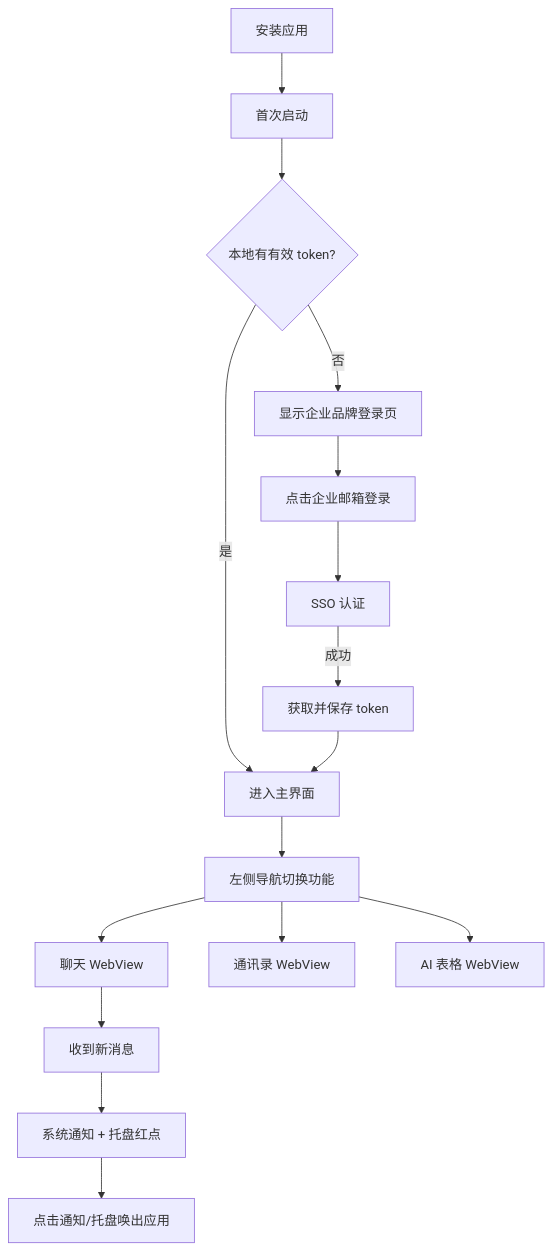
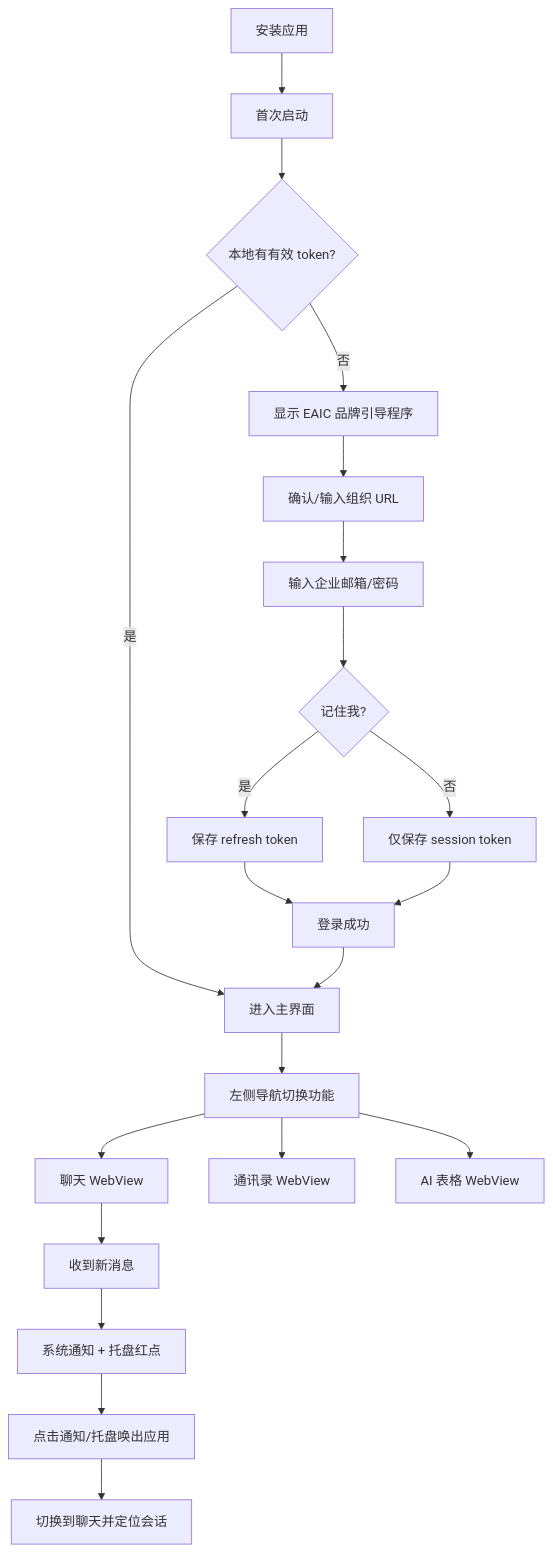
Before and after one commit to sushanglewis/WeLink: the first of 4 diagrams in issue-11/designs/issue-11/flows.md, drawn with Mermaid. The commit also changed other lines of this file and 10 other files, not shown here.

````diff
--- a/issue-11/designs/issue-11/flows.md
+++ b/issue-11/designs/issue-11/flows.md
@@ -5,18 +5,23 @@
 ```mermaid
 flowchart TD
     A[安装应用] --> B[首次启动]
     B --> C{本地有有效 token?}
     C -->|是| D[进入主界面]
-    C -->|否| E[显示企业品牌登录页]
-    E --> F[点击企业邮箱登录]
-    F --> G[SSO 认证]
-    G -->|成功| H[获取并保存 token]
-    H --> D
-    D --> I[左侧导航切换功能]
-    I --> J[聊天 WebView]
-    I --> K[通讯录 WebView]
-    I --> L[AI 表格 WebView]
-    J --> M[收到新消息]
-    M --> N[系统通知 + 托盘红点]
-    N --> O[点击通知/托盘唤出应用]
+    C -->|否| E[显示 EAIC 品牌引导程序]
+    E --> F[确认/输入组织 URL]
+    F --> G[输入企业邮箱/密码]
+    G --> H{记住我?}
+    H -->|是| I[保存 refresh token]
+    H -->|否| J[仅保存 session token]
+    I --> K[登录成功]
+    J --> K
+    K --> D
+    D --> L[左侧导航切换功能]
+    L --> M[聊天 WebView]
+    L --> N[通讯录 WebView]
+    L --> O[AI 表格 WebView]
+    M --> P[收到新消息]
+    P --> Q[系统通知 + 托盘红点]
+    Q --> R[点击通知/托盘唤出应用]
+    R --> S[切换到聊天并定位会话]
 ```
````
